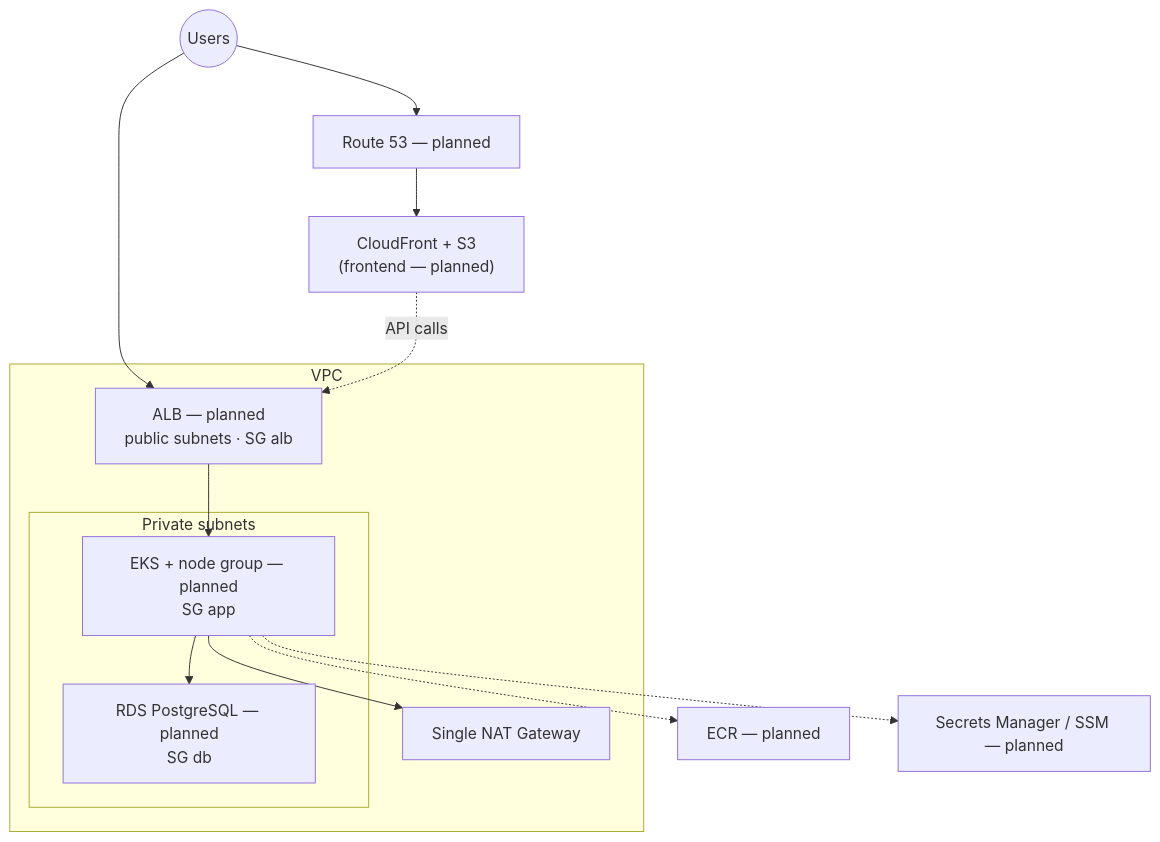
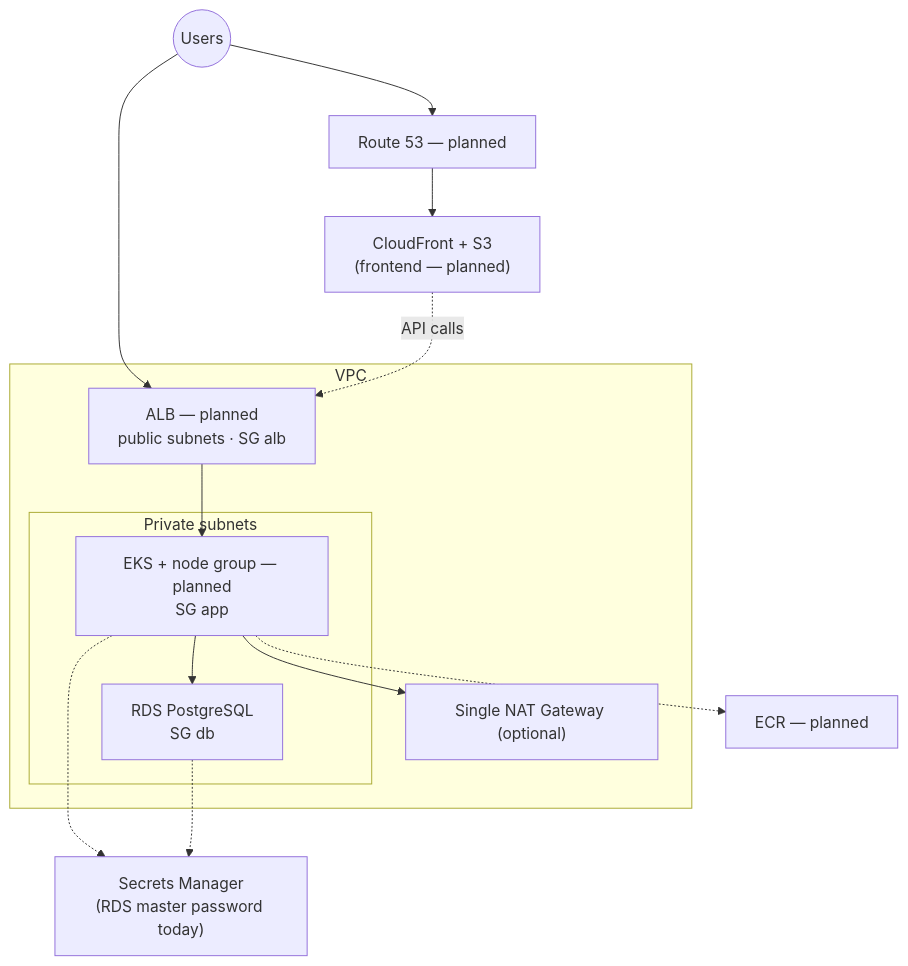
The fifth of 6 diagrams in docs/architecture.md (mazarsju/teacher-wang-infra), drawn with Mermaid before and after one commit. The commit also changed other lines of this file and 7 other files, not shown here.

````diff
--- a/docs/architecture.md
+++ b/docs/architecture.md
@@ -104,32 +120,33 @@
 ```mermaid
 flowchart TB
   Users((Users))
 
   CF["CloudFront + S3<br/>(frontend — planned)"]
   R53["Route 53 — planned"]
 
   Users --> R53
   R53 --> CF
   Users --> ALB
 
   subgraph VPC["VPC"]
     ALB["ALB — planned<br/>public subnets · SG alb"]
 
     subgraph Private["Private subnets"]
       EKS["EKS + node group — planned<br/>SG app"]
-      RDS["RDS PostgreSQL — planned<br/>SG db"]
+      RDS["RDS PostgreSQL<br/>SG db"]
     end
 
-    NAT["Single NAT Gateway"]
+    NAT["Single NAT Gateway (optional)"]
   end
 
   ECR["ECR — planned"]
-  SM["Secrets Manager / SSM — planned"]
+  SM["Secrets Manager<br/>(RDS master password today)"]
 
   ALB --> EKS
   EKS --> RDS
   EKS --> NAT
   EKS -.-> ECR
   EKS -.-> SM
+  RDS -.-> SM
   CF -.->|API calls| ALB
 ```
````
